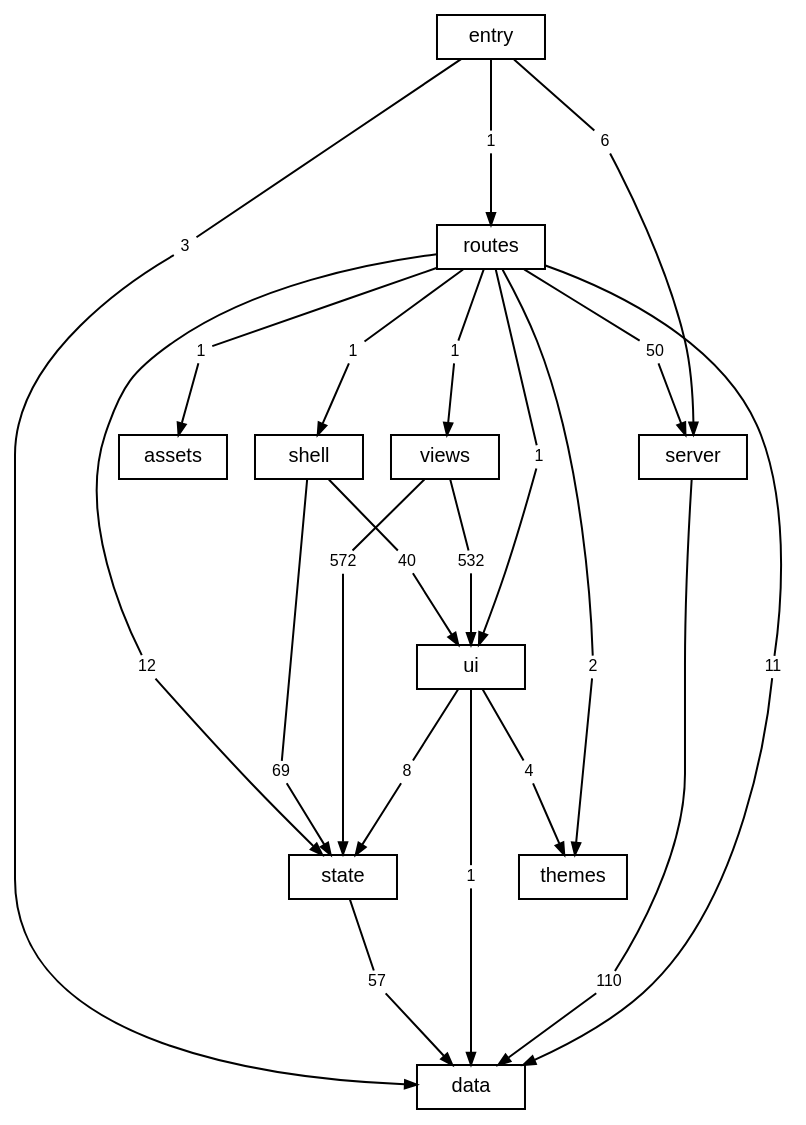
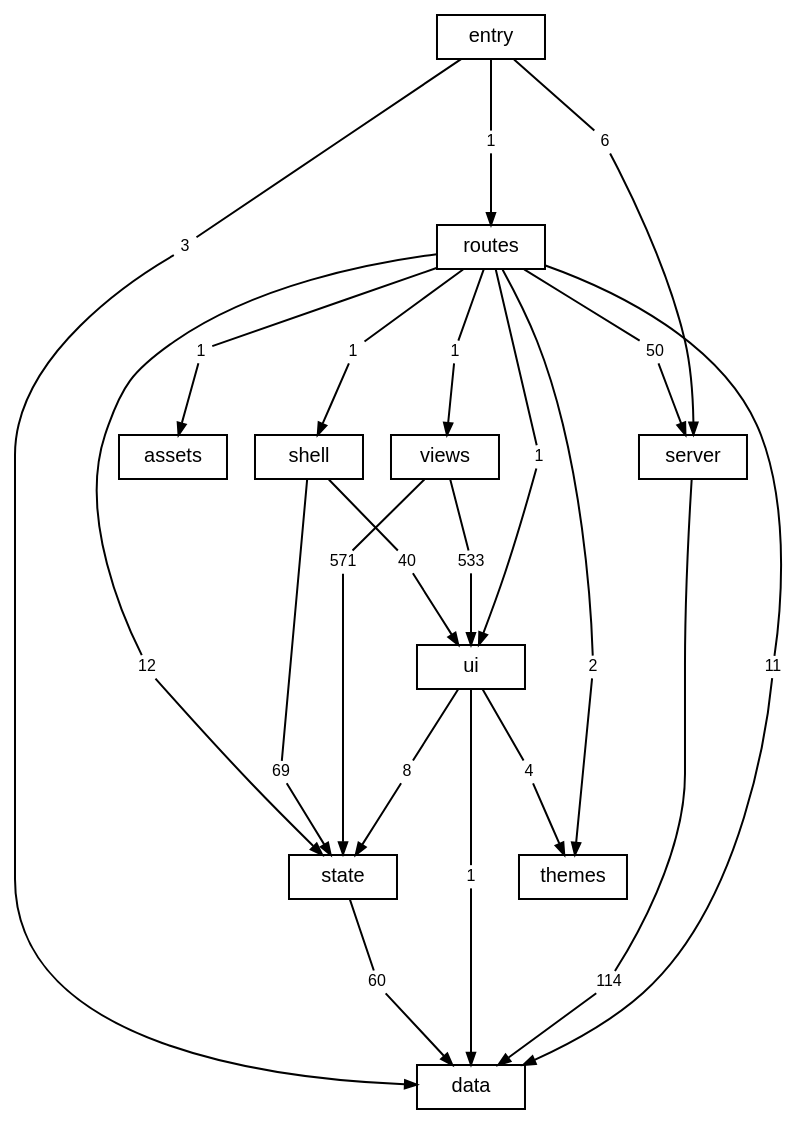
Before and after one commit to TheAxeC/oculus: the diagram in docs/diagrams/layers.dot, drawn with Graphviz. The commit also changed 79 other files, not shown here.

```diff
--- a/docs/diagrams/layers.dot
+++ b/docs/diagrams/layers.dot
@@ -1,75 +1,75 @@
 digraph layers {
     graph [bgcolor="transparent", rankdir=TB, newrank=true, fontname="Helvetica,Arial,sans-serif", fontsize=12, nodesep=0.2, ranksep=0.5];
     node [shape=box, color="black", fontcolor="black", fontname="Helvetica,Arial,sans-serif", fontsize=10, height=0.3, margin="0.12,0.04"];
     edge [color="black", fontcolor="black", fontname="Helvetica,Arial,sans-serif", fontsize=8, arrowsize=0.6];
     "data";
     "server";
     "state";
     "ui";
     "shell";
     "views";
     "themes";
     "routes";
     "src" [label="entry"];
     "files: assets" [label="assets"];
     "routes to data" [label="11", shape=box, color="transparent", fontsize=8, width=0, height=0, margin="0.04,0.02"];
     "routes" -> "routes to data" [arrowhead=none];
     "routes to data" -> "data" [];
     "routes to files: assets" [label="1", shape=box, color="transparent", fontsize=8, width=0, height=0, margin="0.04,0.02"];
     "routes" -> "routes to files: assets" [arrowhead=none];
     "routes to files: assets" -> "files: assets" [];
     "routes to server" [label="50", shape=box, color="transparent", fontsize=8, width=0, height=0, margin="0.04,0.02"];
     "routes" -> "routes to server" [arrowhead=none];
     "routes to server" -> "server" [];
     "routes to shell" [label="1", shape=box, color="transparent", fontsize=8, width=0, height=0, margin="0.04,0.02"];
     "routes" -> "routes to shell" [arrowhead=none];
     "routes to shell" -> "shell" [];
     "routes to state" [label="12", shape=box, color="transparent", fontsize=8, width=0, height=0, margin="0.04,0.02"];
     "routes" -> "routes to state" [arrowhead=none];
     "routes to state" -> "state" [];
     "routes to themes" [label="2", shape=box, color="transparent", fontsize=8, width=0, height=0, margin="0.04,0.02"];
     "routes" -> "routes to themes" [arrowhead=none];
     "routes to themes" -> "themes" [];
     "routes to ui" [label="1", shape=box, color="transparent", fontsize=8, width=0, height=0, margin="0.04,0.02"];
     "routes" -> "routes to ui" [arrowhead=none];
     "routes to ui" -> "ui" [];
     "routes to views" [label="1", shape=box, color="transparent", fontsize=8, width=0, height=0, margin="0.04,0.02"];
     "routes" -> "routes to views" [arrowhead=none];
     "routes to views" -> "views" [];
-    "server to data" [label="110", shape=box, color="transparent", fontsize=8, width=0, height=0, margin="0.04,0.02"];
+    "server to data" [label="114", shape=box, color="transparent", fontsize=8, width=0, height=0, margin="0.04,0.02"];
     "server" -> "server to data" [arrowhead=none];
     "server to data" -> "data" [];
     "shell to state" [label="69", shape=box, color="transparent", fontsize=8, width=0, height=0, margin="0.04,0.02"];
     "shell" -> "shell to state" [arrowhead=none];
     "shell to state" -> "state" [];
     "shell to ui" [label="40", shape=box, color="transparent", fontsize=8, width=0, height=0, margin="0.04,0.02"];
     "shell" -> "shell to ui" [arrowhead=none];
     "shell to ui" -> "ui" [];
     "src to data" [label="3", shape=box, color="transparent", fontsize=8, width=0, height=0, margin="0.04,0.02"];
     "src" -> "src to data" [arrowhead=none];
     "src to data" -> "data" [];
     "src to routes" [label="1", shape=box, color="transparent", fontsize=8, width=0, height=0, margin="0.04,0.02"];
     "src" -> "src to routes" [arrowhead=none];
     "src to routes" -> "routes" [];
     "src to server" [label="6", shape=box, color="transparent", fontsize=8, width=0, height=0, margin="0.04,0.02"];
     "src" -> "src to server" [arrowhead=none];
     "src to server" -> "server" [];
-    "state to data" [label="57", shape=box, color="transparent", fontsize=8, width=0, height=0, margin="0.04,0.02"];
+    "state to data" [label="60", shape=box, color="transparent", fontsize=8, width=0, height=0, margin="0.04,0.02"];
     "state" -> "state to data" [arrowhead=none];
     "state to data" -> "data" [];
     "ui to data" [label="1", shape=box, color="transparent", fontsize=8, width=0, height=0, margin="0.04,0.02"];
     "ui" -> "ui to data" [arrowhead=none];
     "ui to data" -> "data" [];
     "ui to state" [label="8", shape=box, color="transparent", fontsize=8, width=0, height=0, margin="0.04,0.02"];
     "ui" -> "ui to state" [arrowhead=none];
     "ui to state" -> "state" [];
     "ui to themes" [label="4", shape=box, color="transparent", fontsize=8, width=0, height=0, margin="0.04,0.02"];
     "ui" -> "ui to themes" [arrowhead=none];
     "ui to themes" -> "themes" [];
-    "views to state" [label="572", shape=box, color="transparent", fontsize=8, width=0, height=0, margin="0.04,0.02"];
+    "views to state" [label="571", shape=box, color="transparent", fontsize=8, width=0, height=0, margin="0.04,0.02"];
     "views" -> "views to state" [arrowhead=none];
     "views to state" -> "state" [];
-    "views to ui" [label="532", shape=box, color="transparent", fontsize=8, width=0, height=0, margin="0.04,0.02"];
+    "views to ui" [label="533", shape=box, color="transparent", fontsize=8, width=0, height=0, margin="0.04,0.02"];
     "views" -> "views to ui" [arrowhead=none];
     "views to ui" -> "ui" [];
 }
```
